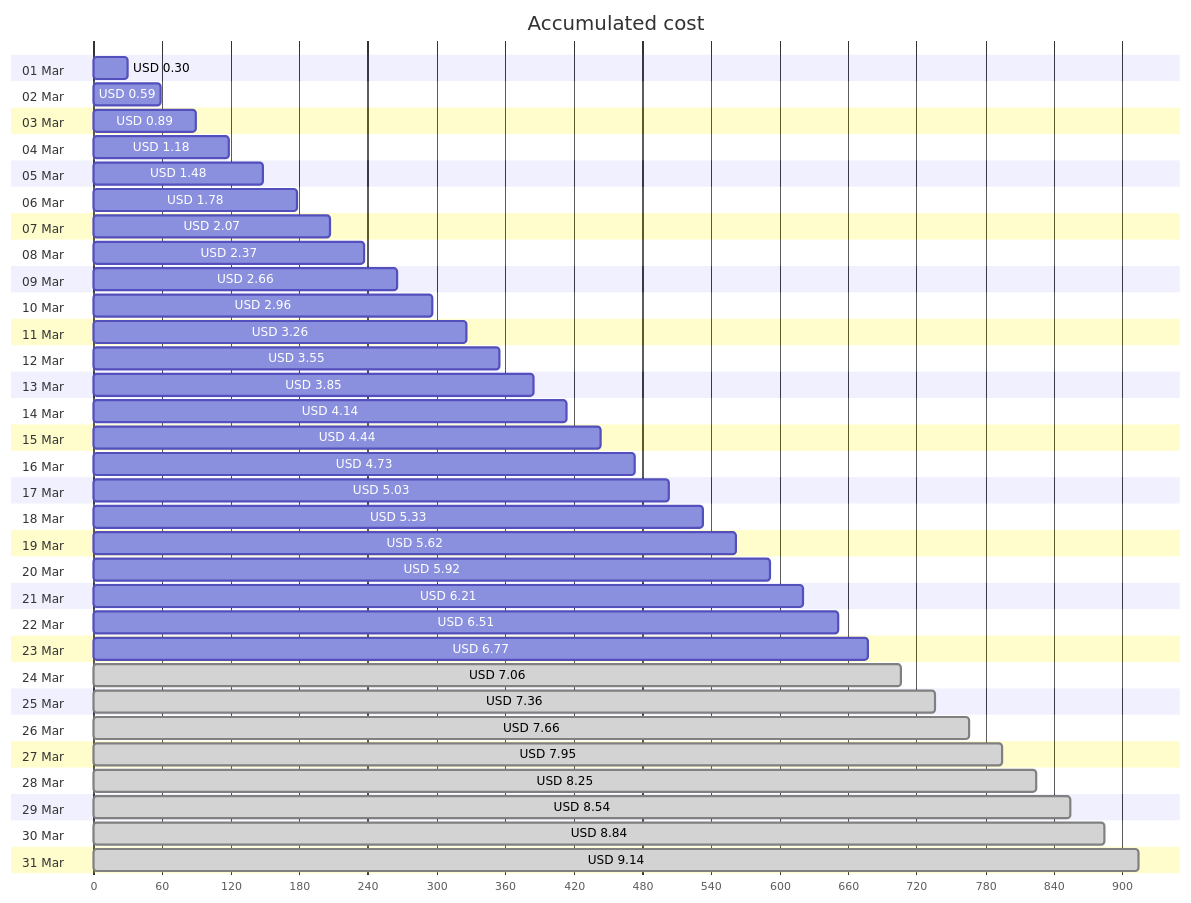
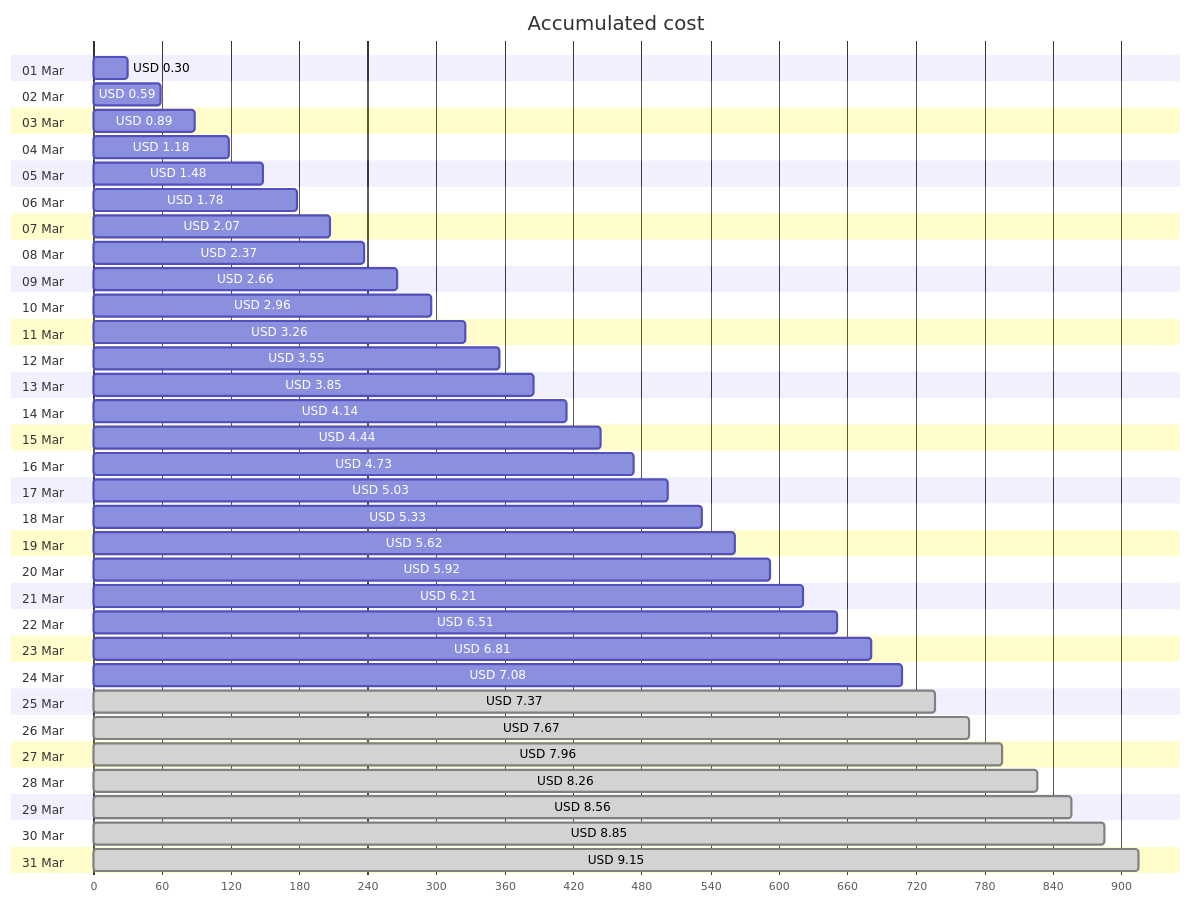
Before and after one commit to jpfulton/azure-personal-reports: the first of 4 diagrams in cost-reports/personal-site/personal-site-preview.md, drawn with Mermaid. The commit also changed other lines of this file and 6 other files, not shown here.

````diff
--- a/cost-reports/personal-site/personal-site-preview.md
+++ b/cost-reports/personal-site/personal-site-preview.md
@@ -20,68 +20,68 @@
 ```mermaid
 gantt
    title Accumulated cost
    dateFormat  X
    axisFormat %s
    section 01 Mar
    USD 0.30 :0, 30
    section 02 Mar
    USD 0.59 :0, 59
    section 03 Mar
    USD 0.89 :0, 89
    section 04 Mar
    USD 1.18 :0, 118
    section 05 Mar
    USD 1.48 :0, 148
    section 06 Mar
    USD 1.78 :0, 178
    section 07 Mar
    USD 2.07 :0, 207
    section 08 Mar
    USD 2.37 :0, 237
    section 09 Mar
    USD 2.66 :0, 266
    section 10 Mar
    USD 2.96 :0, 296
    section 11 Mar
    USD 3.26 :0, 326
    section 12 Mar
    USD 3.55 :0, 355
    section 13 Mar
    USD 3.85 :0, 385
    section 14 Mar
    USD 4.14 :0, 414
    section 15 Mar
    USD 4.44 :0, 444
    section 16 Mar
    USD 4.73 :0, 473
    section 17 Mar
    USD 5.03 :0, 503
    section 18 Mar
    USD 5.33 :0, 533
    section 19 Mar
    USD 5.62 :0, 562
    section 20 Mar
    USD 5.92 :0, 592
    section 21 Mar
    USD 6.21 :0, 621
    section 22 Mar
    USD 6.51 :0, 651
    section 23 Mar
-   USD 6.77 :0, 677
+   USD 6.81 :0, 681
    section 24 Mar
-   USD 7.06 : done, 0, 706
+   USD 7.08 :0, 708
    section 25 Mar
-   USD 7.36 : done, 0, 736
+   USD 7.37 : done, 0, 737
    section 26 Mar
-   USD 7.66 : done, 0, 766
+   USD 7.67 : done, 0, 767
    section 27 Mar
-   USD 7.95 : done, 0, 795
+   USD 7.96 : done, 0, 796
    section 28 Mar
-   USD 8.25 : done, 0, 825
+   USD 8.26 : done, 0, 826
    section 29 Mar
-   USD 8.54 : done, 0, 854
+   USD 8.56 : done, 0, 856
    section 30 Mar
-   USD 8.84 : done, 0, 884
+   USD 8.85 : done, 0, 885
    section 31 Mar
-   USD 9.14 : done, 0, 914
+   USD 9.15 : done, 0, 915
 ```
````
